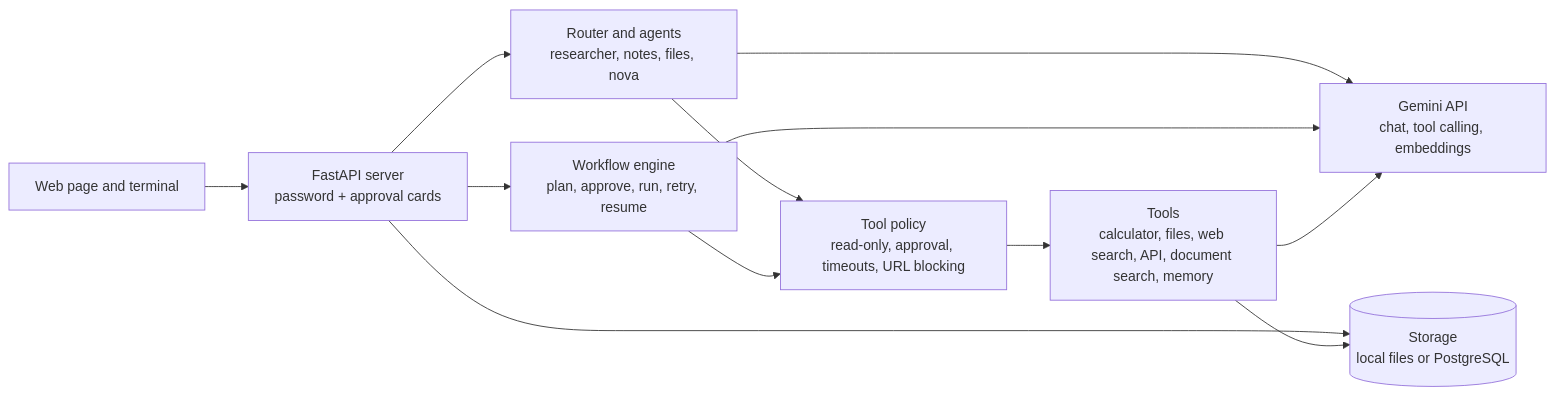
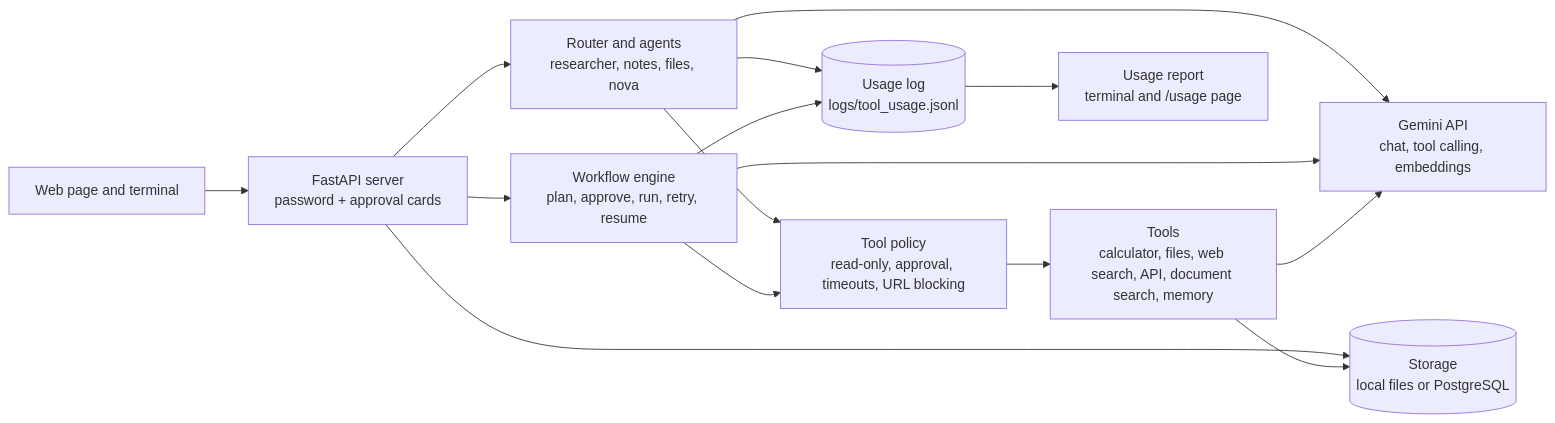
Before and after one commit to abhilashyaragal570-del/nova: the diagram in README.md, drawn with Mermaid. The commit also changed other lines of this file, not shown here.

Commit message:
Update the README: design decisions, usage log timing and workflows

````diff
--- a/README.md
+++ b/README.md
@@ -27,14 +27,17 @@
 ```mermaid
 flowchart LR
     UI["Web page and terminal"] --> SRV["FastAPI server<br/>password + approval cards"]
     SRV --> AG["Router and agents<br/>researcher, notes, files, nova"]
     SRV --> WF["Workflow engine<br/>plan, approve, run, retry, resume"]
     AG --> POL["Tool policy<br/>read-only, approval, timeouts, URL blocking"]
     WF --> POL
     POL --> TOOLS["Tools<br/>calculator, files, web search, API, document search, memory"]
     AG --> LLM["Gemini API<br/>chat, tool calling, embeddings"]
     WF --> LLM
     TOOLS --> LLM
     SRV --> DB[("Storage<br/>local files or PostgreSQL")]
     TOOLS --> DB
+    AG --> LOG[("Usage log<br/>logs/tool_usage.jsonl")]
+    WF --> LOG
+    LOG --> REP["Usage report<br/>terminal and /usage page"]
 ```
````
